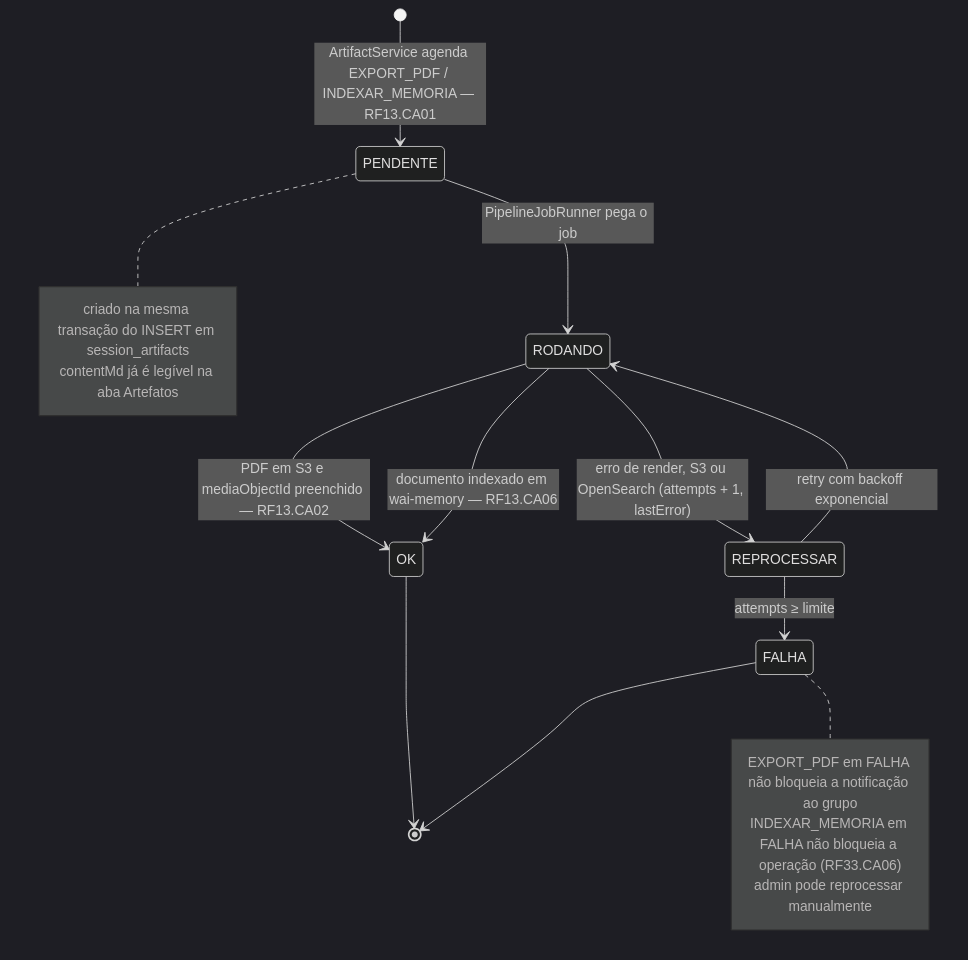
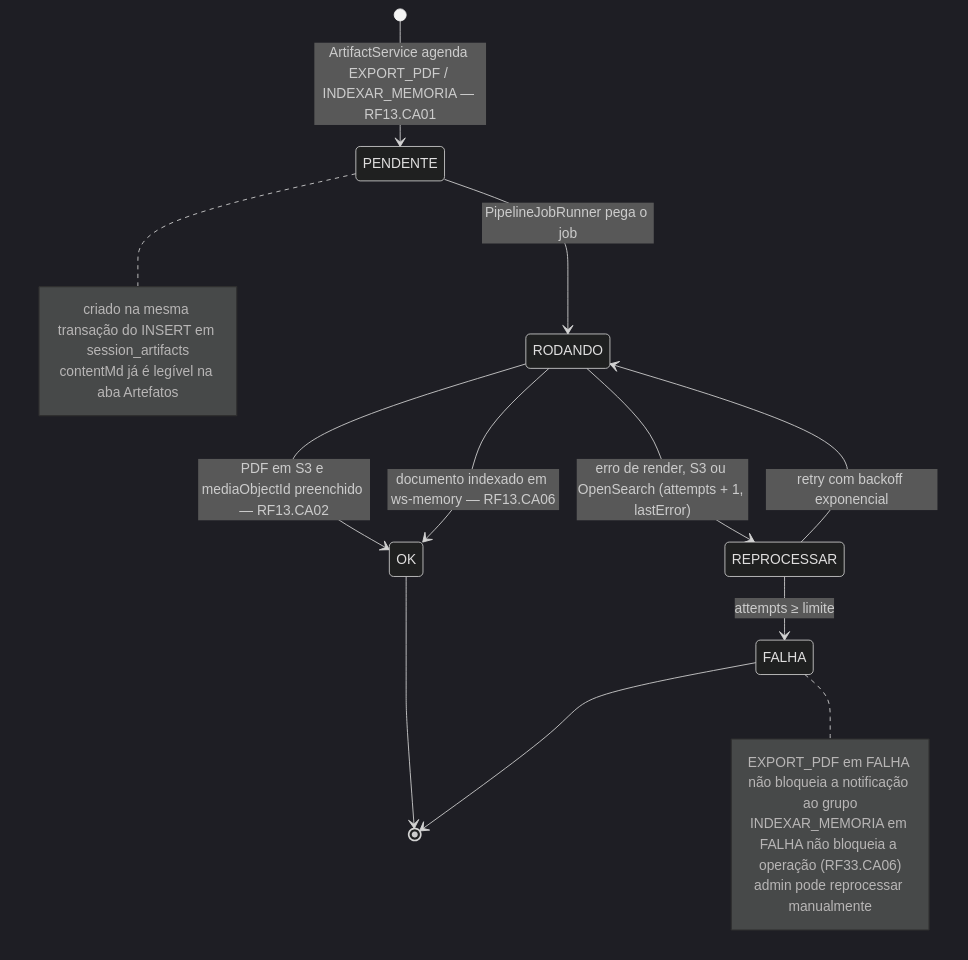
The fourth of 5 diagrams in docs/diagramas/RF13/README.md (MatheusHaliski/Decia-app-2026), drawn with Mermaid (dark theme) before and after one commit. The commit also changed other lines of this file and 65 other files, not shown here.

First line of the commit message:
docs: renomeia o produto para Work Station (módulos ws-*), UserPreferences no diagrama v1, RF44/RF45 ajustados, design system (tokens, components.css, 66 ícones, 112 anatomias SVG, galeria e capturas) e dúvidas Q-36..Q-43

````diff
--- a/docs/diagramas/RF13/README.md
+++ b/docs/diagramas/RF13/README.md
@@ -431,22 +431,22 @@
 ```mermaid
 stateDiagram-v2
   [*] --> PENDENTE : ArtifactService agenda EXPORT_PDF / INDEXAR_MEMORIA — RF13.CA01
   PENDENTE --> RODANDO : PipelineJobRunner pega o job
   RODANDO --> OK : PDF em S3 e mediaObjectId preenchido — RF13.CA02
-  RODANDO --> OK : documento indexado em wai-memory — RF13.CA06
+  RODANDO --> OK : documento indexado em ws-memory — RF13.CA06
   RODANDO --> REPROCESSAR : erro de render, S3 ou OpenSearch (attempts + 1, lastError)
   REPROCESSAR --> RODANDO : retry com backoff exponencial
   REPROCESSAR --> FALHA : attempts ≥ limite
   OK --> [*]
   FALHA --> [*]
 
   note right of PENDENTE
     criado na mesma transação do INSERT em session_artifacts
     contentMd já é legível na aba Artefatos
   end note
   note right of FALHA
     EXPORT_PDF em FALHA não bloqueia a notificação ao grupo
     INDEXAR_MEMORIA em FALHA não bloqueia a operação (RF33.CA06)
     admin pode reprocessar manualmente
   end note
 ```
````
